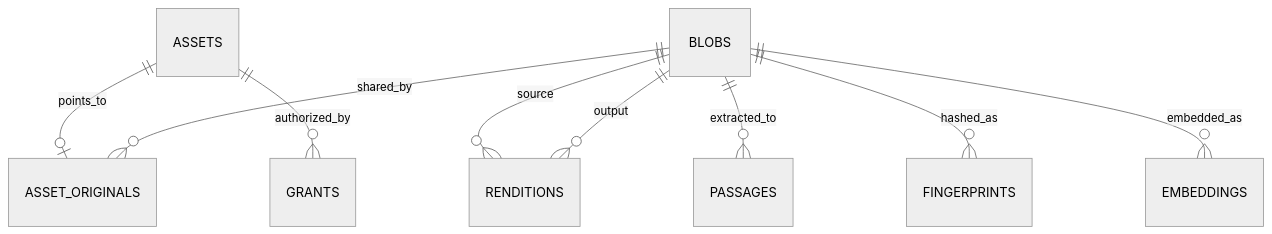
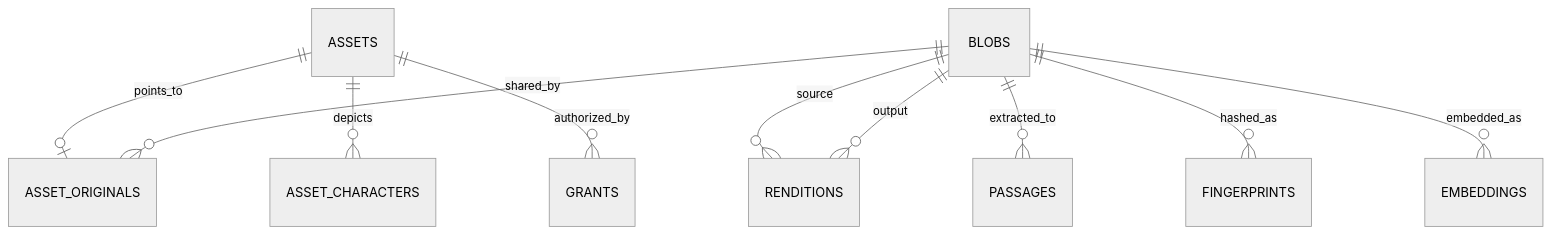
The second of 3 diagrams in media-storage-spec-v2.md (usbharu/ocms), drawn with Mermaid (neutral theme) before and after one commit. The commit also changed other lines of this file and 27 other files, not shown here.

````diff
--- a/media-storage-spec-v2.md
+++ b/media-storage-spec-v2.md
@@ -119,11 +119,12 @@
 ```mermaid
 erDiagram
     ASSETS ||--o| ASSET_ORIGINALS : points_to
     BLOBS ||--o{ ASSET_ORIGINALS : shared_by
     BLOBS ||--o{ RENDITIONS : source
     BLOBS ||--o{ RENDITIONS : output
     BLOBS ||--o{ PASSAGES : extracted_to
     BLOBS ||--o{ FINGERPRINTS : hashed_as
     BLOBS ||--o{ EMBEDDINGS : embedded_as
+    ASSETS ||--o{ ASSET_CHARACTERS : depicts
     ASSETS ||--o{ GRANTS : authorized_by
 ```
````
